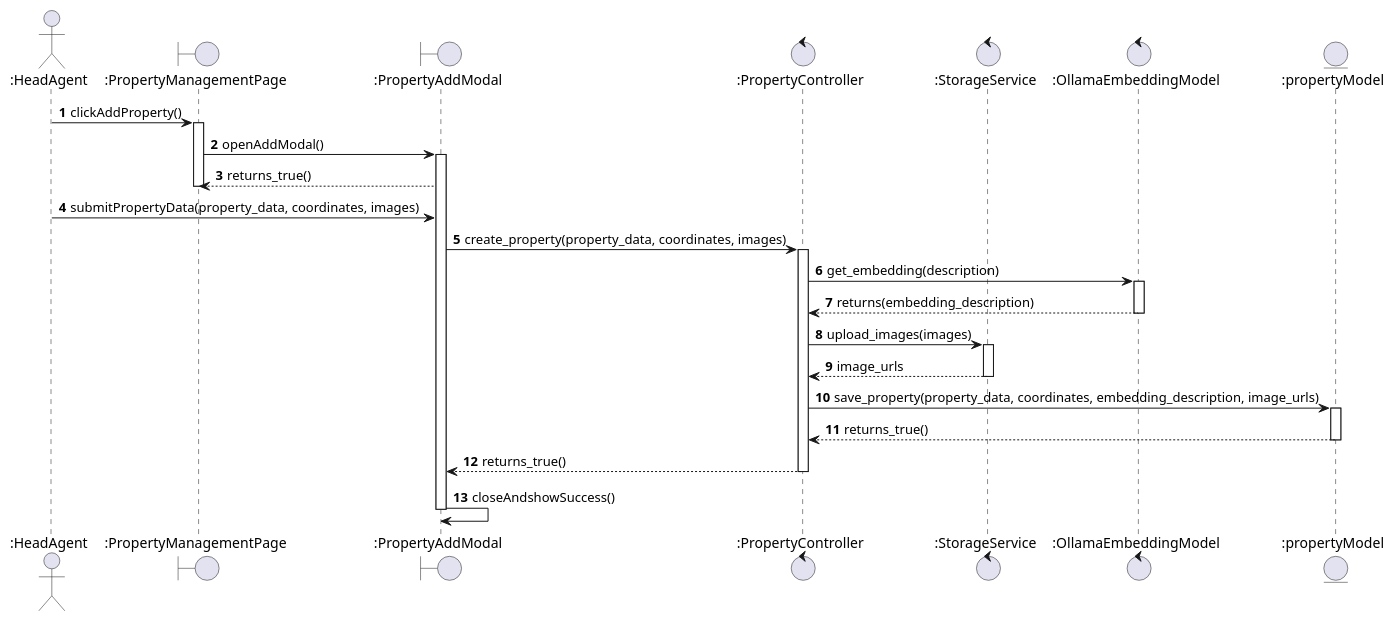
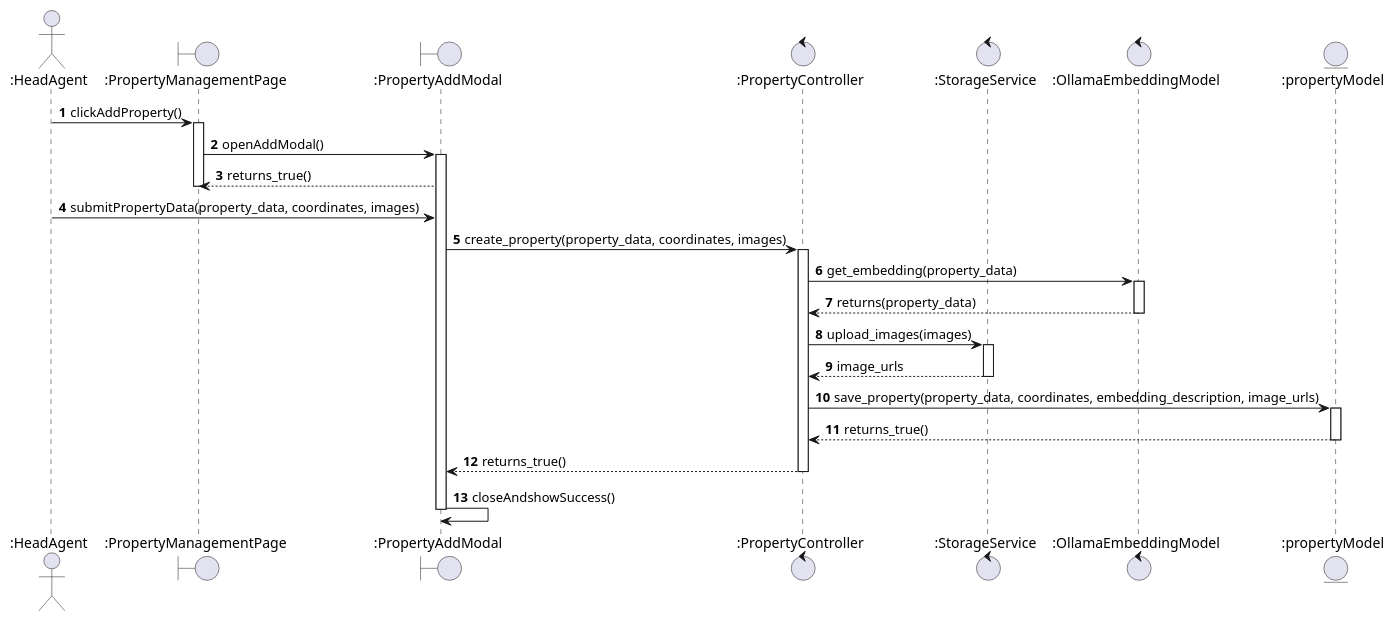
One commit to israhadjhassine/Graduation-Project-real-estate-automation changed the diagram in docs/sequence_diagram_add_property.puml. Above: the diagram before and after it, drawn with PlantUML. The commit also changed 44 other files, not shown here.

```diff
--- a/docs/sequence_diagram_add_property.puml
+++ b/docs/sequence_diagram_add_property.puml
@@ -1,45 +1,45 @@
 @startuml
 autonumber
 
 actor ":HeadAgent" as HeadAgent
 boundary ":PropertyManagementPage" as PropertyManagementPage
 boundary ":PropertyAddModal" as PropertyModal
 control ":PropertyController" as PropertyController
 control ":StorageService" as StorageService
 control ":OllamaEmbeddingModel" as OllamaEmbeddingModel
 entity ":propertyModel" as propertyModel
 
 HeadAgent -> PropertyManagementPage : clickAddProperty()
 activate PropertyManagementPage
 
 PropertyManagementPage -> PropertyModal : openAddModal()
 activate PropertyModal
 PropertyManagementPage <-- PropertyModal : returns_true()
 deactivate PropertyManagementPage
 
 HeadAgent -> PropertyModal : submitPropertyData(property_data, coordinates, images)
 
 PropertyModal -> PropertyController : create_property(property_data, coordinates, images)
 activate PropertyController
 
-PropertyController -> OllamaEmbeddingModel : get_embedding(description)
+PropertyController -> OllamaEmbeddingModel : get_embedding(property_data)
 activate OllamaEmbeddingModel
-OllamaEmbeddingModel --> PropertyController : returns(embedding_description)
+OllamaEmbeddingModel --> PropertyController : returns(property_data)
 deactivate OllamaEmbeddingModel
 
 PropertyController -> StorageService : upload_images(images)
 activate StorageService
 StorageService --> PropertyController : image_urls
 deactivate StorageService
 
 PropertyController -> propertyModel : save_property(property_data, coordinates, embedding_description, image_urls)
 activate propertyModel
 propertyModel --> PropertyController : returns_true()
 deactivate propertyModel
 
 PropertyController --> PropertyModal : returns_true()
 deactivate PropertyController
 
 PropertyModal -> PropertyModal : closeAndshowSuccess()
 deactivate PropertyModal
 @enduml
```
